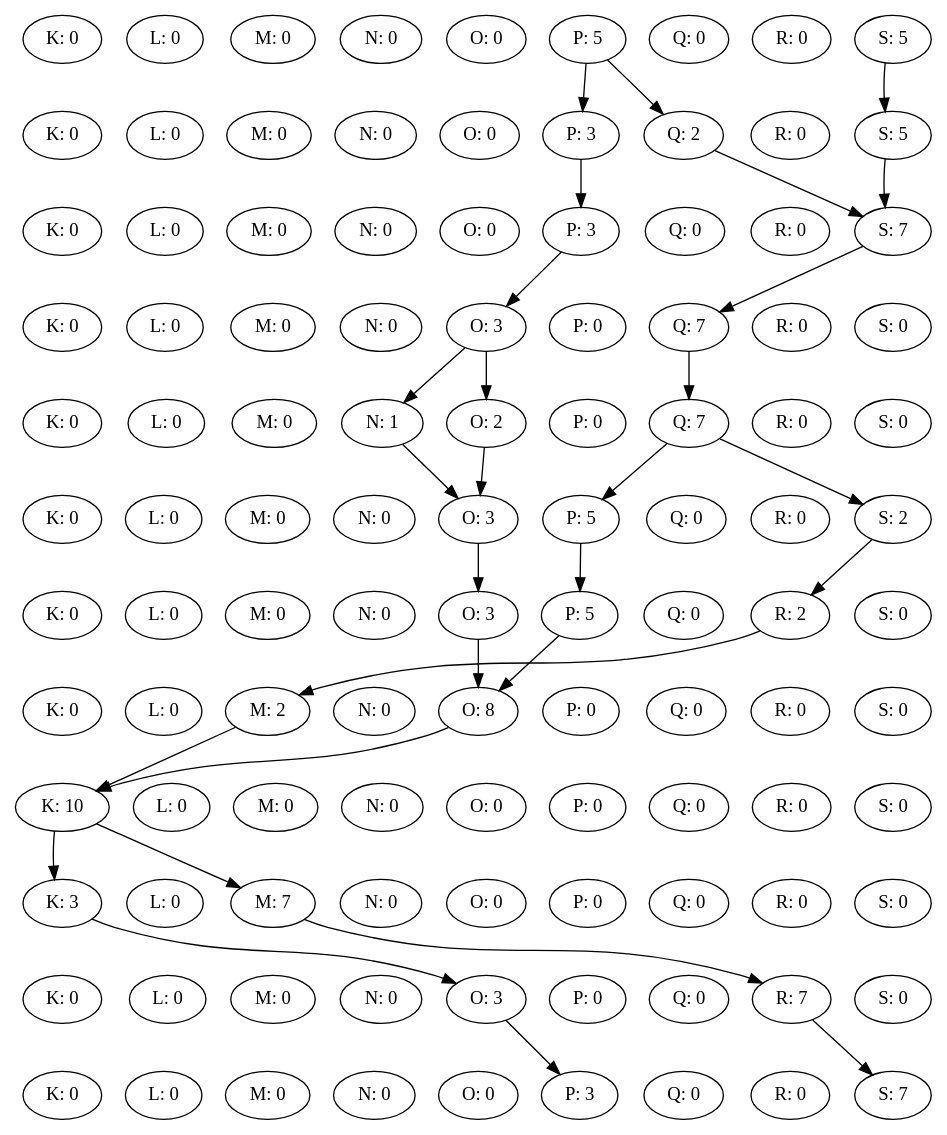
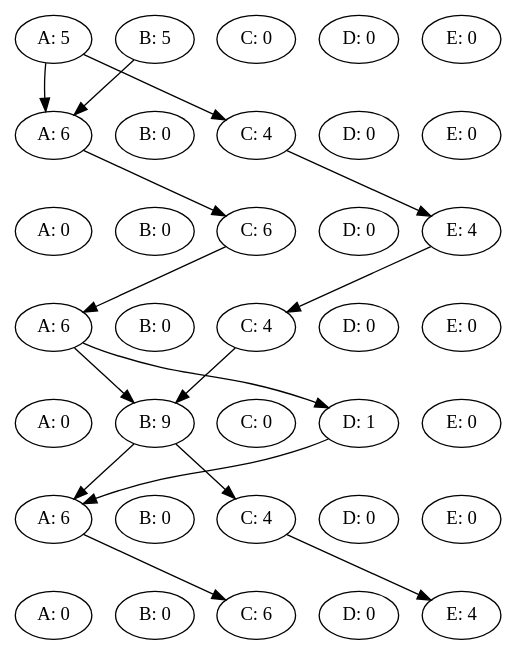
Before and after one commit to TieneSabor/slugs_swarmPlanner: the diagram in Patched.dot, drawn with Graphviz. The commit also changed 71 other files, not shown here.

```diff
--- a/Patched.dot
+++ b/Patched.dot
@@ -1,141 +1,54 @@
 digraph {
-K0 [label="K: 0"];
-L0 [label="L: 0"];
-M0 [label="M: 0"];
-N0 [label="N: 0"];
-O0 [label="O: 0"];
-P0 [label="P: 5"];
-Q0 [label="Q: 0"];
-R0 [label="R: 0"];
-S0 [label="S: 5"];
-rank = same {K0 -> L0 -> M0 -> N0 -> O0 -> P0 -> Q0 -> R0 -> S0 [style=invis] }K1 [label="K: 0"];
-L1 [label="L: 0"];
-M1 [label="M: 0"];
-N1 [label="N: 0"];
-O1 [label="O: 0"];
-P1 [label="P: 3"];
-Q1 [label="Q: 2"];
-R1 [label="R: 0"];
-S1 [label="S: 5"];
-rank = same {K1 -> L1 -> M1 -> N1 -> O1 -> P1 -> Q1 -> R1 -> S1 [style=invis] }P0 -> P1
-P0 -> Q1
-S0 -> S1
-K2 [label="K: 0"];
-L2 [label="L: 0"];
-M2 [label="M: 0"];
-N2 [label="N: 0"];
-O2 [label="O: 0"];
-P2 [label="P: 3"];
-Q2 [label="Q: 0"];
-R2 [label="R: 0"];
-S2 [label="S: 7"];
-rank = same {K2 -> L2 -> M2 -> N2 -> O2 -> P2 -> Q2 -> R2 -> S2 [style=invis] }P1 -> P2
-Q1 -> S2
-S1 -> S2
-K3 [label="K: 0"];
-L3 [label="L: 0"];
-M3 [label="M: 0"];
-N3 [label="N: 0"];
-O3 [label="O: 3"];
-P3 [label="P: 0"];
-Q3 [label="Q: 7"];
-R3 [label="R: 0"];
-S3 [label="S: 0"];
-rank = same {K3 -> L3 -> M3 -> N3 -> O3 -> P3 -> Q3 -> R3 -> S3 [style=invis] }P2 -> O3
-S2 -> Q3
-K4 [label="K: 0"];
-L4 [label="L: 0"];
-M4 [label="M: 0"];
-N4 [label="N: 1"];
-O4 [label="O: 2"];
-P4 [label="P: 0"];
-Q4 [label="Q: 7"];
-R4 [label="R: 0"];
-S4 [label="S: 0"];
-rank = same {K4 -> L4 -> M4 -> N4 -> O4 -> P4 -> Q4 -> R4 -> S4 [style=invis] }O3 -> N4
-O3 -> O4
-Q3 -> Q4
-K5 [label="K: 0"];
-L5 [label="L: 0"];
-M5 [label="M: 0"];
-N5 [label="N: 0"];
-O5 [label="O: 3"];
-P5 [label="P: 5"];
-Q5 [label="Q: 0"];
-R5 [label="R: 0"];
-S5 [label="S: 2"];
-rank = same {K5 -> L5 -> M5 -> N5 -> O5 -> P5 -> Q5 -> R5 -> S5 [style=invis] }N4 -> O5
-O4 -> O5
-Q4 -> P5
-Q4 -> S5
-K6 [label="K: 0"];
-L6 [label="L: 0"];
-M6 [label="M: 0"];
-N6 [label="N: 0"];
-O6 [label="O: 3"];
-P6 [label="P: 5"];
-Q6 [label="Q: 0"];
-R6 [label="R: 2"];
-S6 [label="S: 0"];
-rank = same {K6 -> L6 -> M6 -> N6 -> O6 -> P6 -> Q6 -> R6 -> S6 [style=invis] }O5 -> O6
-P5 -> P6
-S5 -> R6
-K7 [label="K: 0"];
-L7 [label="L: 0"];
-M7 [label="M: 2"];
-N7 [label="N: 0"];
-O7 [label="O: 8"];
-P7 [label="P: 0"];
-Q7 [label="Q: 0"];
-R7 [label="R: 0"];
-S7 [label="S: 0"];
-rank = same {K7 -> L7 -> M7 -> N7 -> O7 -> P7 -> Q7 -> R7 -> S7 [style=invis] }O6 -> O7
-P6 -> O7
-R6 -> M7
-K8 [label="K: 10"];
-L8 [label="L: 0"];
-M8 [label="M: 0"];
-N8 [label="N: 0"];
-O8 [label="O: 0"];
-P8 [label="P: 0"];
-Q8 [label="Q: 0"];
-R8 [label="R: 0"];
-S8 [label="S: 0"];
-rank = same {K8 -> L8 -> M8 -> N8 -> O8 -> P8 -> Q8 -> R8 -> S8 [style=invis] }M7 -> K8
-O7 -> K8
-K9 [label="K: 3"];
-L9 [label="L: 0"];
-M9 [label="M: 7"];
-N9 [label="N: 0"];
-O9 [label="O: 0"];
-P9 [label="P: 0"];
-Q9 [label="Q: 0"];
-R9 [label="R: 0"];
-S9 [label="S: 0"];
-rank = same {K9 -> L9 -> M9 -> N9 -> O9 -> P9 -> Q9 -> R9 -> S9 [style=invis] }K8 -> K9
-K8 -> M9
-K10 [label="K: 0"];
-L10 [label="L: 0"];
-M10 [label="M: 0"];
-N10 [label="N: 0"];
-O10 [label="O: 3"];
-P10 [label="P: 0"];
-Q10 [label="Q: 0"];
-R10 [label="R: 7"];
-S10 [label="S: 0"];
-rank = same {K10 -> L10 -> M10 -> N10 -> O10 -> P10 -> Q10 -> R10 -> S10 [style=invis] }K9 -> O10
-M9 -> R10
-K11 [label="K: 0"];
-L11 [label="L: 0"];
-M11 [label="M: 0"];
-N11 [label="N: 0"];
-O11 [label="O: 0"];
-P11 [label="P: 3"];
-Q11 [label="Q: 0"];
-R11 [label="R: 0"];
-S11 [label="S: 7"];
-rank = same {K11 -> L11 -> M11 -> N11 -> O11 -> P11 -> Q11 -> R11 -> S11 [style=invis] }O10 -> P11
-R10 -> S11
-K0 -> K1 -> K2 -> K3 -> K4 -> K5 -> K6 -> K7 -> K8 -> K9 -> K10 -> K11 [ style=invis; weight=1000 ]
-S0 -> S1 -> S2 -> S3 -> S4 -> S5 -> S6 -> S7 -> S8 -> S9 -> S10 -> S11 [ style=invis; weight=1000 ]
+A0 [label="A: 5"];
+B0 [label="B: 5"];
+C0 [label="C: 0"];
+D0 [label="D: 0"];
+E0 [label="E: 0"];
+rank = same {A0 -> B0 -> C0 -> D0 -> E0 [style=invis] }A1 [label="A: 6"];
+B1 [label="B: 0"];
+C1 [label="C: 4"];
+D1 [label="D: 0"];
+E1 [label="E: 0"];
+rank = same {A1 -> B1 -> C1 -> D1 -> E1 [style=invis] }A0 -> A1
+A0 -> C1
+B0 -> A1
+A2 [label="A: 0"];
+B2 [label="B: 0"];
+C2 [label="C: 6"];
+D2 [label="D: 0"];
+E2 [label="E: 4"];
+rank = same {A2 -> B2 -> C2 -> D2 -> E2 [style=invis] }A1 -> C2
+C1 -> E2
+A3 [label="A: 6"];
+B3 [label="B: 0"];
+C3 [label="C: 4"];
+D3 [label="D: 0"];
+E3 [label="E: 0"];
+rank = same {A3 -> B3 -> C3 -> D3 -> E3 [style=invis] }C2 -> A3
+E2 -> C3
+A4 [label="A: 0"];
+B4 [label="B: 9"];
+C4 [label="C: 0"];
+D4 [label="D: 1"];
+E4 [label="E: 0"];
+rank = same {A4 -> B4 -> C4 -> D4 -> E4 [style=invis] }A3 -> B4
+A3 -> D4
+C3 -> B4
+A5 [label="A: 6"];
+B5 [label="B: 0"];
+C5 [label="C: 4"];
+D5 [label="D: 0"];
+E5 [label="E: 0"];
+rank = same {A5 -> B5 -> C5 -> D5 -> E5 [style=invis] }B4 -> A5
+B4 -> C5
+D4 -> A5
+A6 [label="A: 0"];
+B6 [label="B: 0"];
+C6 [label="C: 6"];
+D6 [label="D: 0"];
+E6 [label="E: 4"];
+rank = same {A6 -> B6 -> C6 -> D6 -> E6 [style=invis] }A5 -> C6
+C5 -> E6
+A0 -> A1 -> A2 -> A3 -> A4 -> A5 -> A6 [ style=invis; weight=1000 ]
+E0 -> E1 -> E2 -> E3 -> E4 -> E5 -> E6 [ style=invis; weight=1000 ]
 }
```
